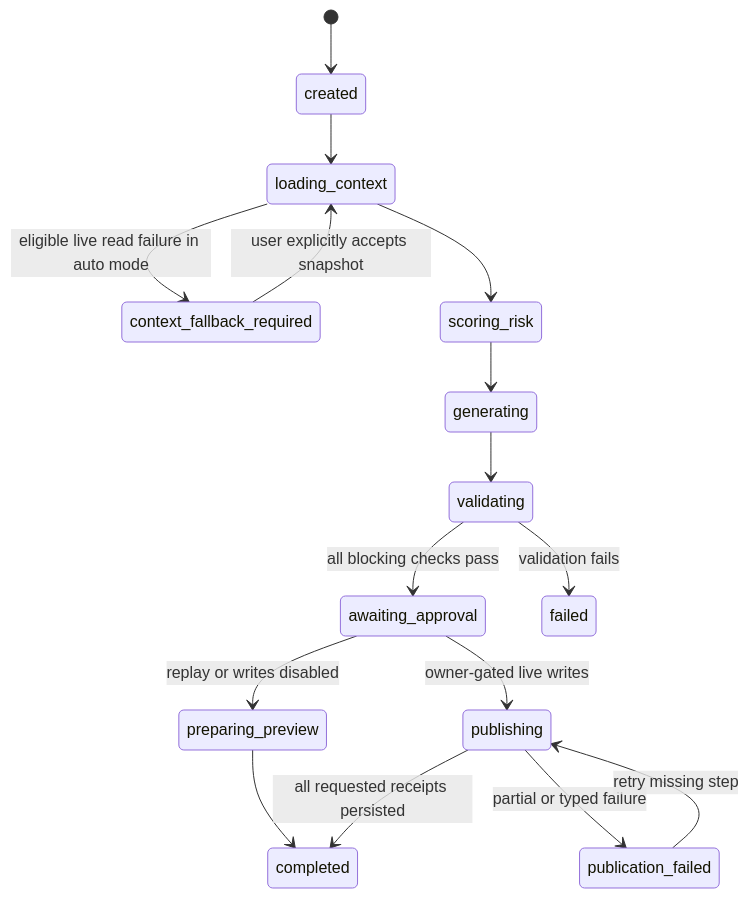
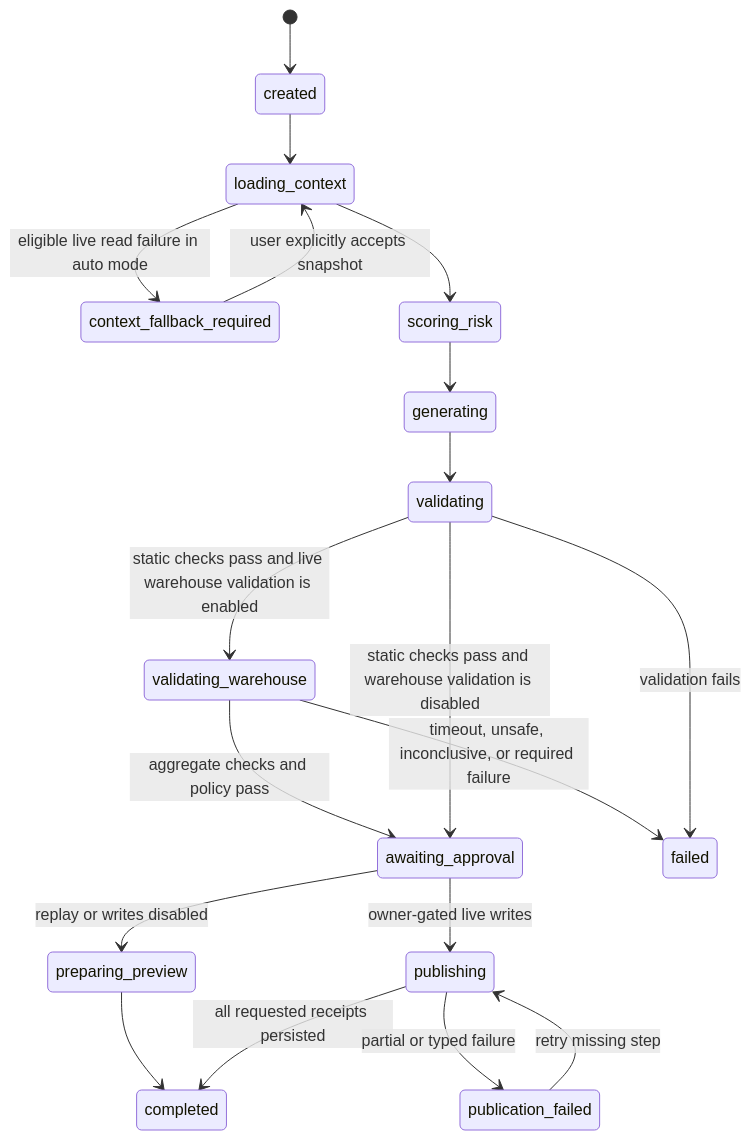
One commit to marker2601/changesafe changed the third of 3 diagrams in docs/architecture.md. Above: the diagram before and after it, drawn with Mermaid. The commit also changed other lines of this file and 14 other files, not shown here.

Commit message:
docs: prove competition live validation

````diff
--- a/docs/architecture.md
+++ b/docs/architecture.md
@@ -65,18 +71,21 @@
 ```mermaid
 stateDiagram-v2
     [*] --> created
     created --> loading_context
     loading_context --> context_fallback_required: eligible live read failure in auto mode
     context_fallback_required --> loading_context: user explicitly accepts snapshot
     loading_context --> scoring_risk
     scoring_risk --> generating
     generating --> validating
-    validating --> awaiting_approval: all blocking checks pass
+    validating --> validating_warehouse: static checks pass and live warehouse validation is enabled
+    validating_warehouse --> awaiting_approval: aggregate checks and policy pass
+    validating_warehouse --> failed: timeout, unsafe, inconclusive, or required failure
+    validating --> awaiting_approval: static checks pass and warehouse validation is disabled
     validating --> failed: validation fails
     awaiting_approval --> preparing_preview: replay or writes disabled
     preparing_preview --> completed
     awaiting_approval --> publishing: owner-gated live writes
     publishing --> completed: all requested receipts persisted
     publishing --> publication_failed: partial or typed failure
     publication_failed --> publishing: retry missing step
 ```
````
